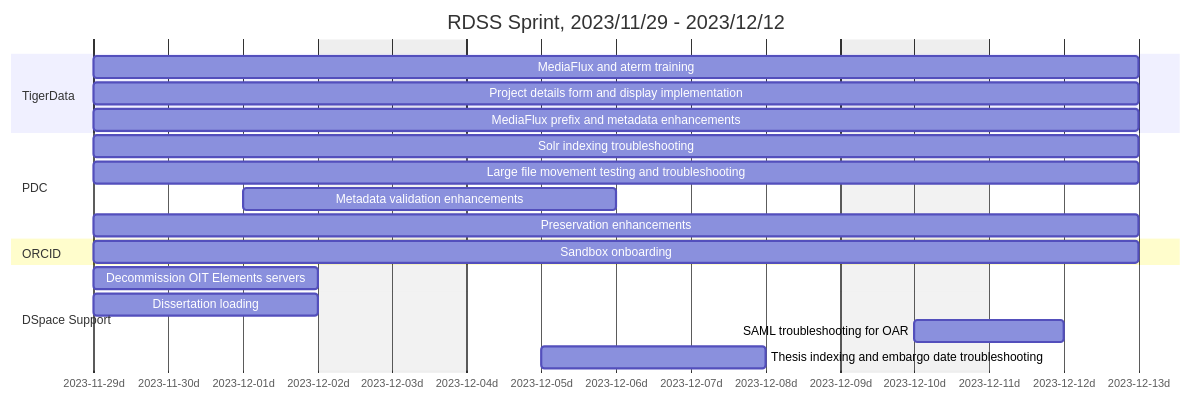
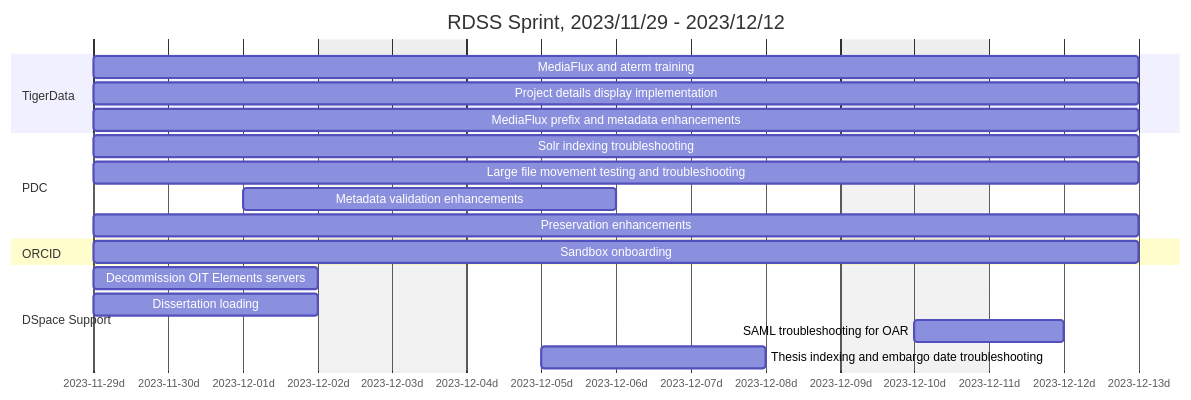
Before and after one commit to pulibrary/rdss-handbook: the fourth of 38 diagrams in roadmap.md, drawn with Mermaid. The commit also changed other lines of this file, not shown here.

````diff
--- a/roadmap.md
+++ b/roadmap.md
@@ -69,23 +77,23 @@
 ```mermaid
 gantt
     title RDSS Sprint, 2023/11/29 - 2023/12/12
     axisFormat  %Y-%m-%dd
     dateformat YYYY-MM-DD
     excludes weekends
     section TigerData
     MediaFlux and aterm training: td1, 2023-11-29, 10d
-    Project details form and display implementation: td2, 2023-11-29, 10d
+    Project details display implementation: td2, 2023-11-29, 10d
     MediaFlux prefix and metadata enhancements: td4, 2023-11-29, 10d
     section PDC
     Solr indexing troubleshooting: pdc1, 2023-11-29, 10d
     Large file movement testing and troubleshooting: pdc2, 2023-11-29, 10d
     Metadata validation enhancements: pdc3, 2023-12-01, 3d
     Preservation enhancements: pdc4, 2023-11-29, 10d
     section ORCID
     Sandbox onboarding: op1, 2023-11-29, 10d  
     section DSpace Support
     Decommission OIT Elements servers: dsp1, 2023-11-29, 3d
     Dissertation loading: dsp4, 2023-11-29, 3d
     SAML troubleshooting for OAR: dsp2, 2023-12-10, 2d
     Thesis indexing and embargo date troubleshooting: dsp3, 2023-12-05, 3d
 ```
````
